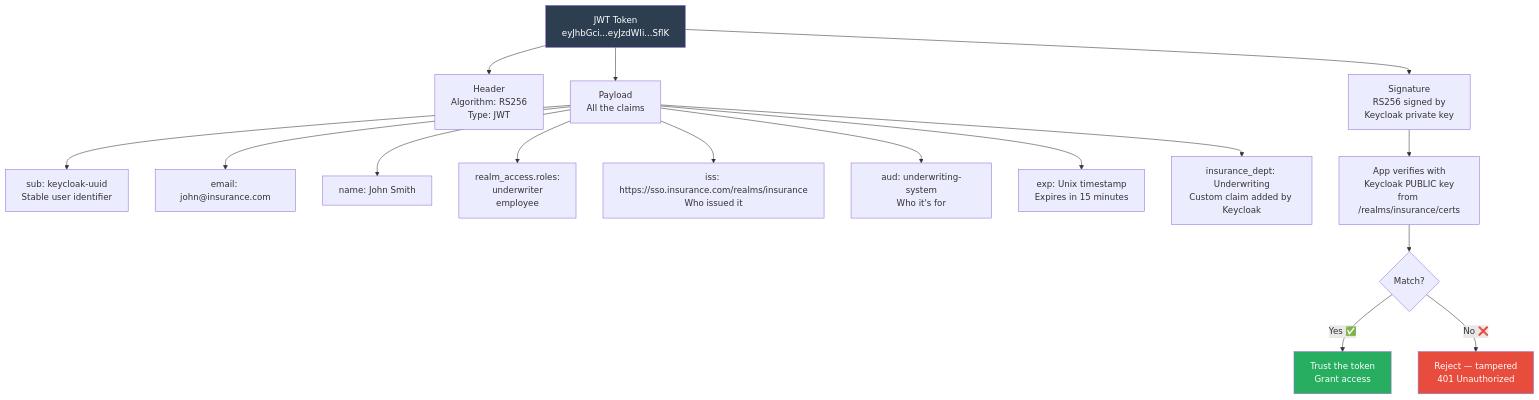
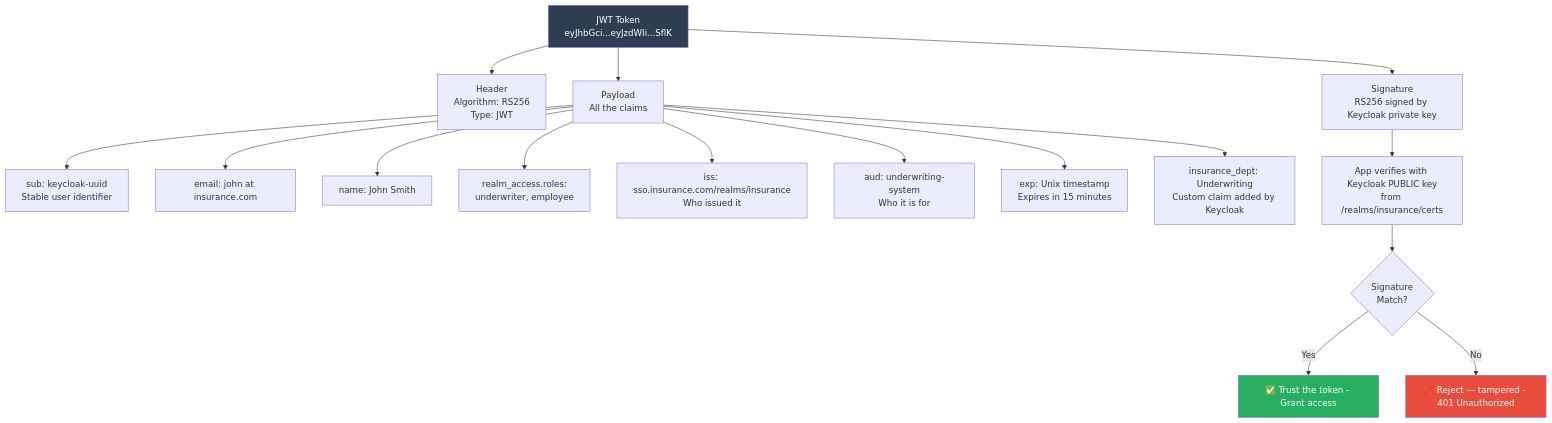
Diagram 11 of 21 in docs/INSURANCE-SSO-DESIGN.md (Mannokuruba/sso-keyclock), drawn with Mermaid before and after one commit. The commit also changed other lines of this file, not shown here.

Commit message:
fix: resolve Mermaid parse errors in insurance SSO diagrams

````diff
--- a/docs/INSURANCE-SSO-DESIGN.md
+++ b/docs/INSURANCE-SSO-DESIGN.md
@@ -498,24 +483,24 @@
 ```mermaid
 graph TD
-    JWT[JWT Token\neyJhbGci...eyJzdWIi...SflK] --> H[Header\nAlgorithm: RS256\nType: JWT]
-    JWT --> P[Payload\nAll the claims]
-    JWT --> S[Signature\nRS256 signed by\nKeycloak private key]
+    JWT["JWT Token<br/>eyJhbGci...eyJzdWIi...SflK"] --> H["Header<br/>Algorithm: RS256<br/>Type: JWT"]
+    JWT --> P["Payload<br/>All the claims"]
+    JWT --> S["Signature<br/>RS256 signed by Keycloak private key"]
 
-    P --> SUB[sub: keycloak-uuid\nStable user identifier]
-    P --> EMAIL[email: john@insurance.com]
-    P --> NAME[name: John Smith]
-    P --> ROLES[realm_access.roles:\nunderwriter\nemployee]
-    P --> ISS[iss: https://sso.insurance.com/realms/insurance\nWho issued it]
-    P --> AUD[aud: underwriting-system\nWho it's for]
-    P --> EXP[exp: Unix timestamp\nExpires in 15 minutes]
-    P --> DEPT[insurance_dept: Underwriting\nCustom claim added by Keycloak]
+    P --> SUB["sub: keycloak-uuid<br/>Stable user identifier"]
+    P --> EMAIL["email: john at insurance.com"]
+    P --> NAME["name: John Smith"]
+    P --> ROLES["realm_access.roles:<br/>underwriter, employee"]
+    P --> ISS["iss: sso.insurance.com/realms/insurance<br/>Who issued it"]
+    P --> AUD["aud: underwriting-system<br/>Who it is for"]
+    P --> EXP["exp: Unix timestamp<br/>Expires in 15 minutes"]
+    P --> DEPT["insurance_dept: Underwriting<br/>Custom claim added by Keycloak"]
 
-    S --> VERIFY[App verifies with\nKeycloak PUBLIC key\nfrom /realms/insurance/certs]
-    VERIFY --> RESULT{Match?}
-    RESULT -->|Yes ✅| TRUST[Trust the token\nGrant access]
-    RESULT -->|No ❌| REJECT[Reject — tampered\n401 Unauthorized]
+    S --> VERIFY["App verifies with Keycloak PUBLIC key<br/>from /realms/insurance/certs"]
+    VERIFY --> RESULT{"Signature<br/>Match?"}
+    RESULT -->|Yes| TRUST["✅ Trust the token - Grant access"]
+    RESULT -->|No| REJECT["❌ Reject — tampered - 401 Unauthorized"]
 
     style JWT fill:#2c3e50,color:#fff
     style TRUST fill:#27ae60,color:#fff
     style REJECT fill:#e74c3c,color:#fff
 ```
````
